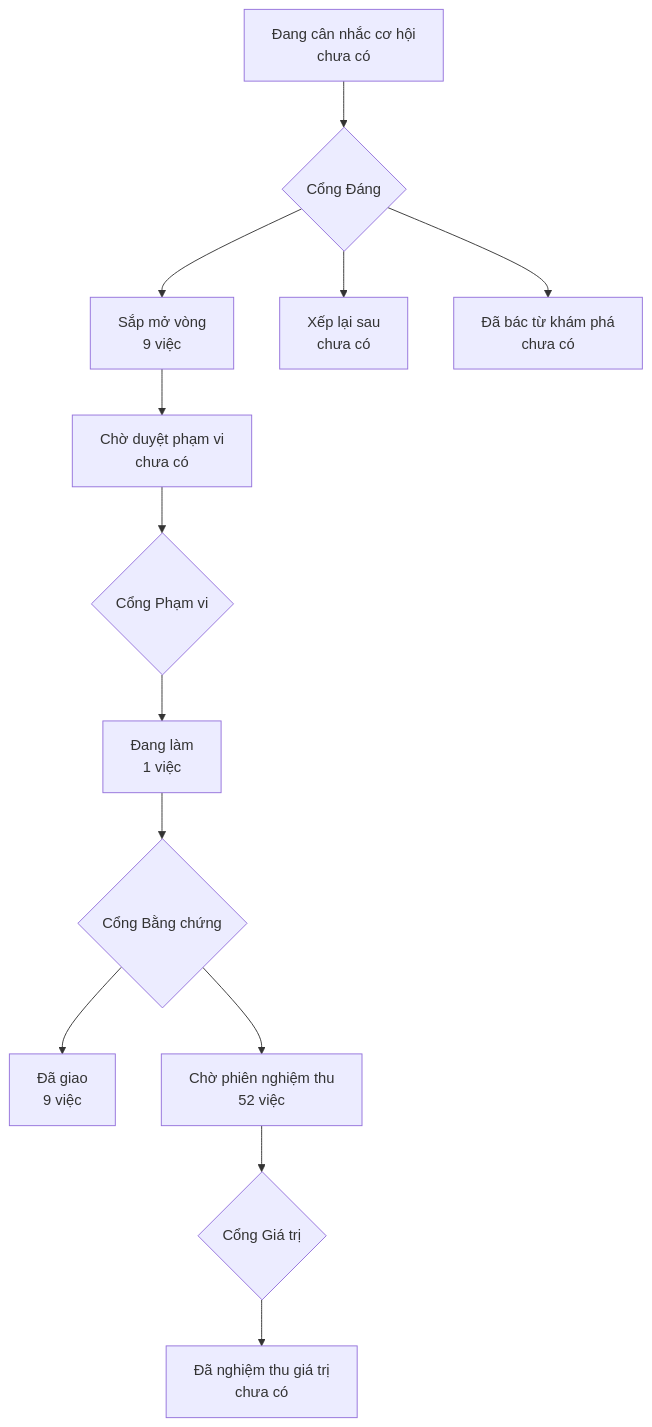
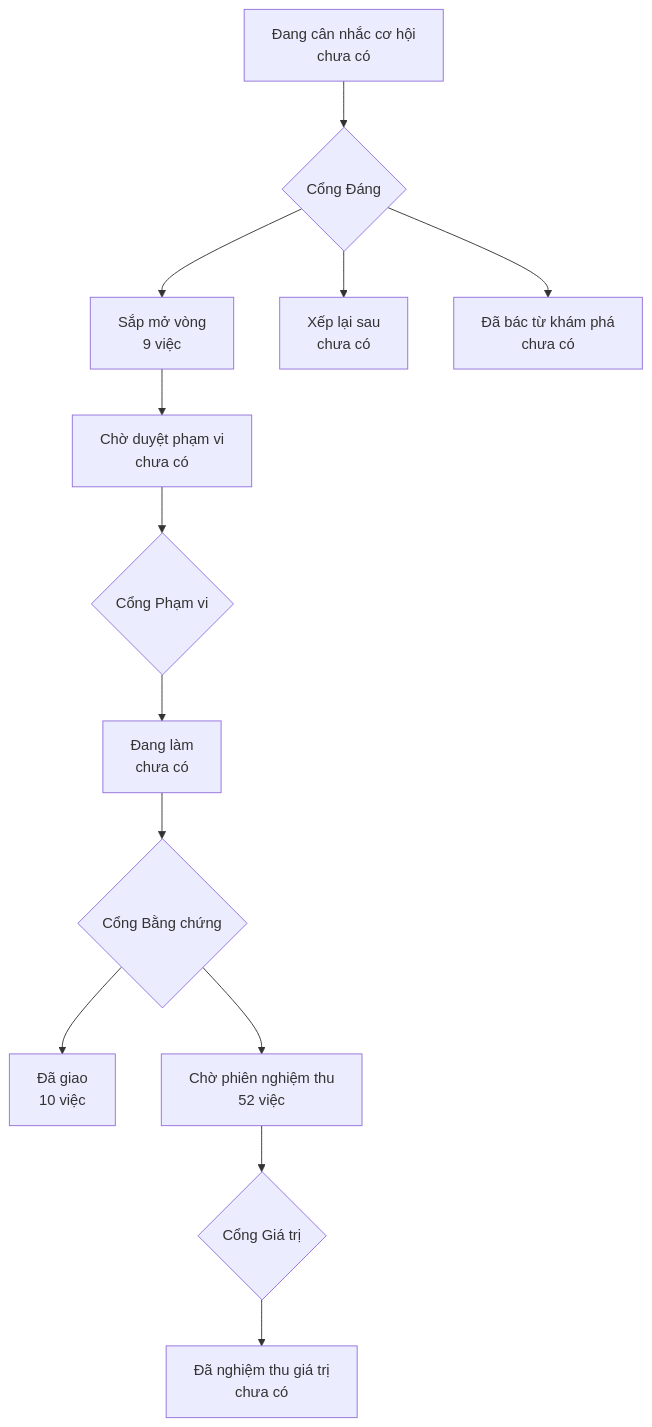
Before and after one commit to phanlemanh/onehub-inventory: the diagram in PRODUCT-MAP.md, drawn with Mermaid. The commit also changed other lines of this file and 6 other files, not shown here.

````diff
--- a/PRODUCT-MAP.md
+++ b/PRODUCT-MAP.md
@@ -7,12 +7,12 @@
 ```mermaid
 flowchart TD
   A["Đang cân nhắc cơ hội<br/>chưa có"] --> GD{"Cổng Đáng"}
   GD --> B["Sắp mở vòng<br/>9 việc"]
   GD --> XL["Xếp lại sau<br/>chưa có"]
   GD --> DB["Đã bác từ khám phá<br/>chưa có"]
   B --> CD["Chờ duyệt phạm vi<br/>chưa có"] --> GP{"Cổng Phạm vi"}
-  GP --> DL["Đang làm<br/>1 việc"] --> GB{"Cổng Bằng chứng"}
-  GB --> DG["Đã giao<br/>9 việc"]
+  GP --> DL["Đang làm<br/>chưa có"] --> GB{"Cổng Bằng chứng"}
+  GB --> DG["Đã giao<br/>10 việc"]
   GB --> CN["Chờ phiên nghiệm thu<br/>52 việc"] --> GG{"Cổng Giá trị"}
   GG --> NT["Đã nghiệm thu giá trị<br/>chưa có"]
 ```
````
